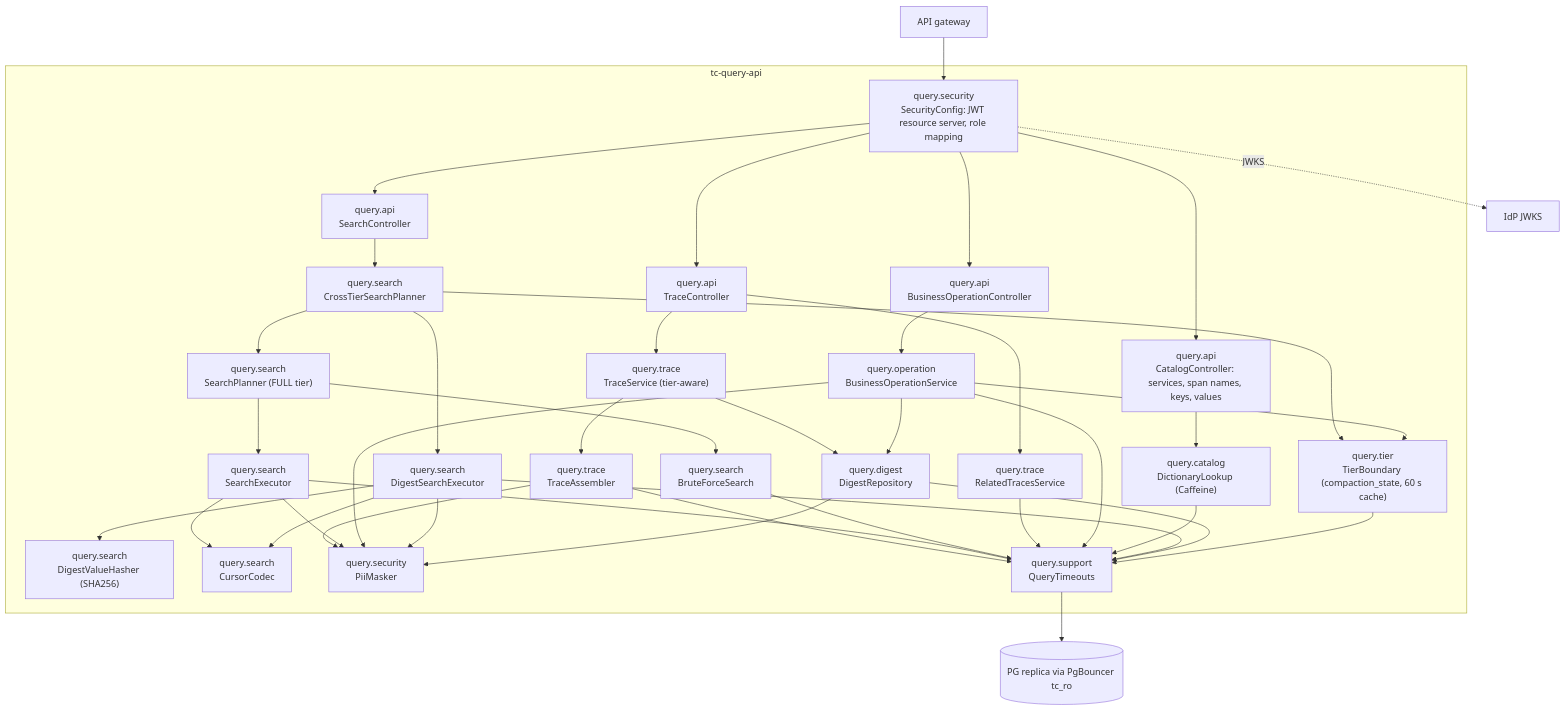
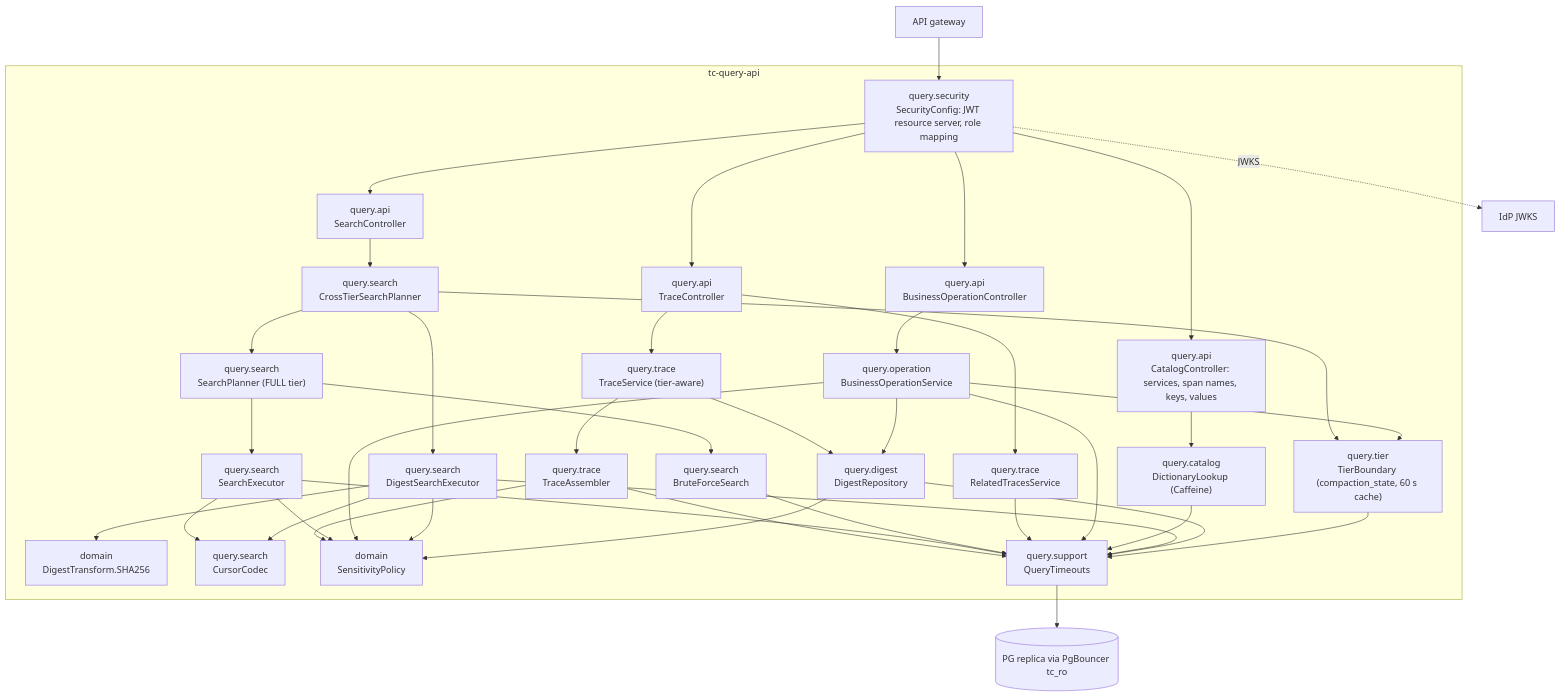
One commit to aasmc/tracing-system changed the fourth of 7 diagrams in agent/03-low-level-design.md. Above: the diagram before and after it, drawn with Mermaid. The commit also changed other lines of this file and 35 other files, not shown here.

````diff
--- a/agent/03-low-level-design.md
+++ b/agent/03-low-level-design.md
@@ -1314,51 +1316,51 @@
 ```mermaid
 flowchart TB
     gw["API gateway"]
     ro[("PG replica via PgBouncer tc_ro")]
     idp["IdP JWKS"]
 
     subgraph Q["tc-query-api"]
         SEC["query.security<br/>SecurityConfig: JWT resource server, role mapping"]
         TC["query.api<br/>TraceController"]
         SC["query.api<br/>SearchController"]
         BC["query.api<br/>BusinessOperationController"]
         AC["query.api<br/>CatalogController: services, span names, keys, values"]
         TIER["query.tier<br/>TierBoundary (compaction_state, 60 s cache)"]
         XPL["query.search<br/>CrossTierSearchPlanner"]
         PLN["query.search<br/>SearchPlanner (FULL tier)"]
         DSX["query.search<br/>DigestSearchExecutor"]
-        HSH["query.search<br/>DigestValueHasher (SHA256)"]
+        HSH["domain<br/>DigestTransform.SHA256"]
         EXE["query.search<br/>SearchExecutor"]
         BF["query.search<br/>BruteForceSearch"]
         CUR["query.search<br/>CursorCodec"]
         TSV["query.trace<br/>TraceService (tier-aware)"]
         ASM["query.trace<br/>TraceAssembler"]
         DGR["query.digest<br/>DigestRepository"]
         REL["query.trace<br/>RelatedTracesService"]
         BOS["query.operation<br/>BusinessOperationService"]
         DIC["query.catalog<br/>DictionaryLookup (Caffeine)"]
-        MSK["query.security<br/>PiiMasker"]
+        MSK["domain<br/>SensitivityPolicy"]
         TO["query.support<br/>QueryTimeouts"]
     end
 
     gw --> SEC --> TC & SC & BC & AC
     SEC -. JWKS .-> idp
     TC --> TSV
     TSV --> ASM
     TSV --> DGR
     TC --> REL
     SC --> XPL
     XPL --> TIER
     XPL --> PLN --> EXE
     XPL --> DSX
     DSX --> HSH
     PLN --> BF
     EXE --> CUR
     DSX --> CUR
     BC --> BOS
     BOS --> TIER
     BOS --> DGR
     AC --> DIC
     ASM & EXE & BF & REL & BOS & DIC & DSX & DGR & TIER --> TO --> ro
     ASM & EXE & BOS & DSX & DGR --> MSK
 ```
````
